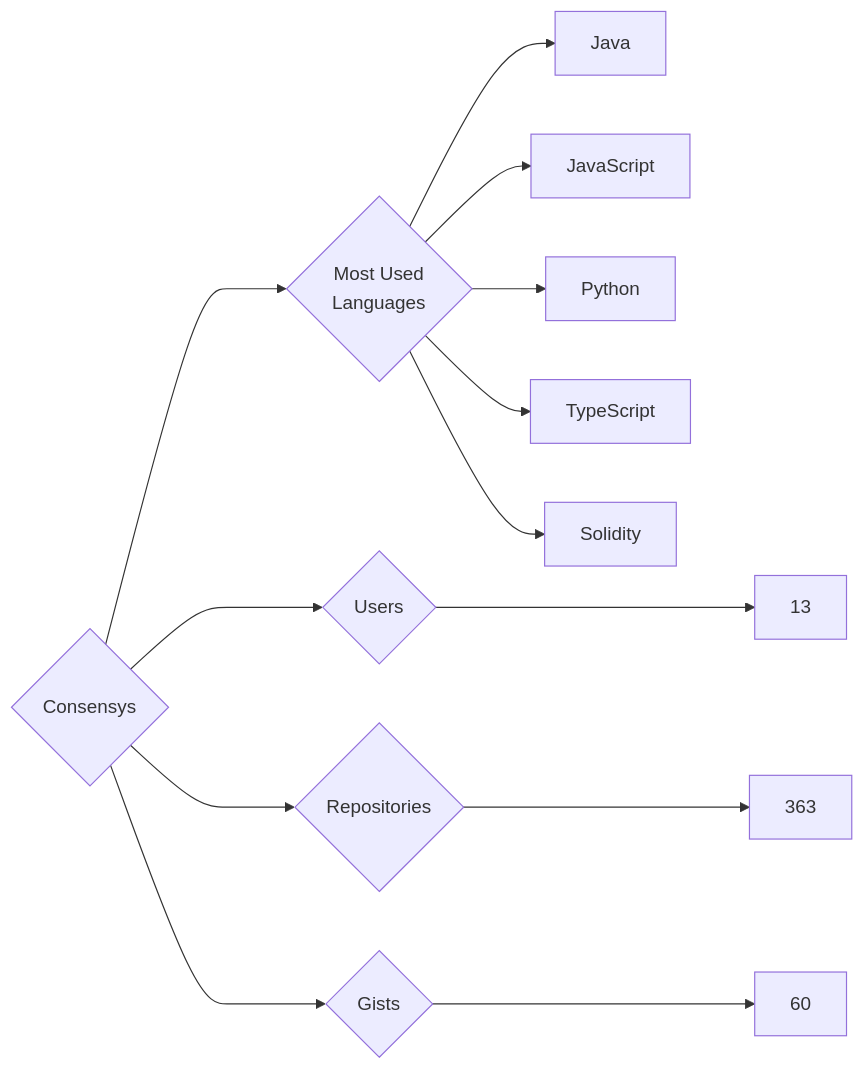
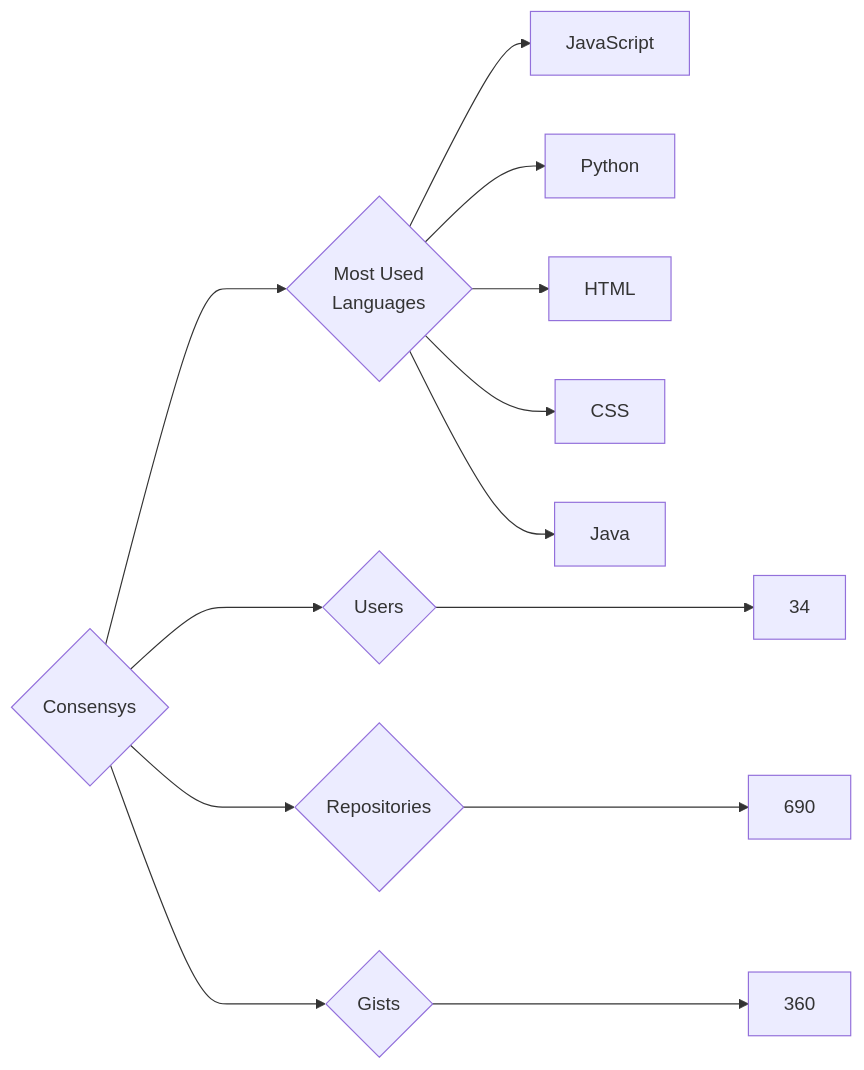
The diagram in targets/Consensys/README.md (trickest/insiders), drawn with Mermaid before and after one commit. The commit also changed 782 other files, not shown here.

````diff
--- a/targets/Consensys/README.md
+++ b/targets/Consensys/README.md
@@ -3,13 +3,13 @@
 ```mermaid
 graph LR
 COMPANY_NAME{Consensys}
-COMPANY_NAME ---> U{Users} ---> UN[13]
-COMPANY_NAME ---> R{Repositories} ---> RN[363]
-COMPANY_NAME ---> G{Gists} ---> GN[60]
+COMPANY_NAME ---> U{Users} ---> UN[34]
+COMPANY_NAME ---> R{Repositories} ---> RN[690]
+COMPANY_NAME ---> G{Gists} ---> GN[360]
 COMPANY_NAME ---> ML{Most Used<br>Languages}
-ML --> Java[Java]
 ML --> JavaScript[JavaScript]
 ML --> Python[Python]
-ML --> TypeScript[TypeScript]
-ML --> Solidity[Solidity]
+ML --> HTML[HTML]
+ML --> CSS[CSS]
+ML --> Java[Java]
 ```
````
